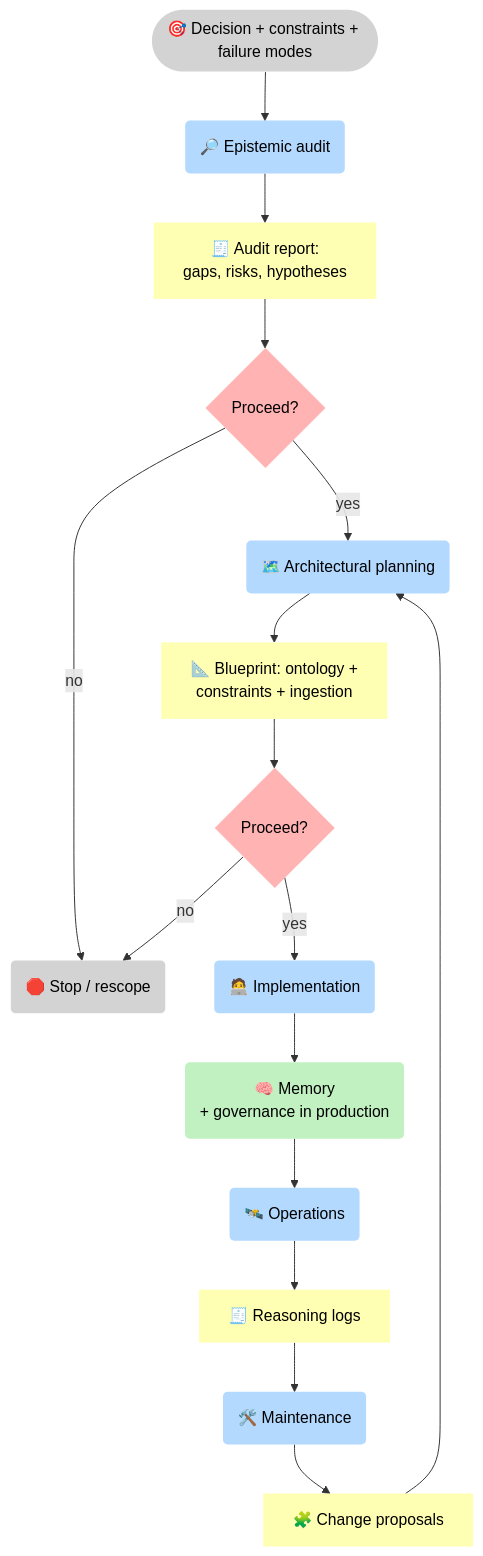
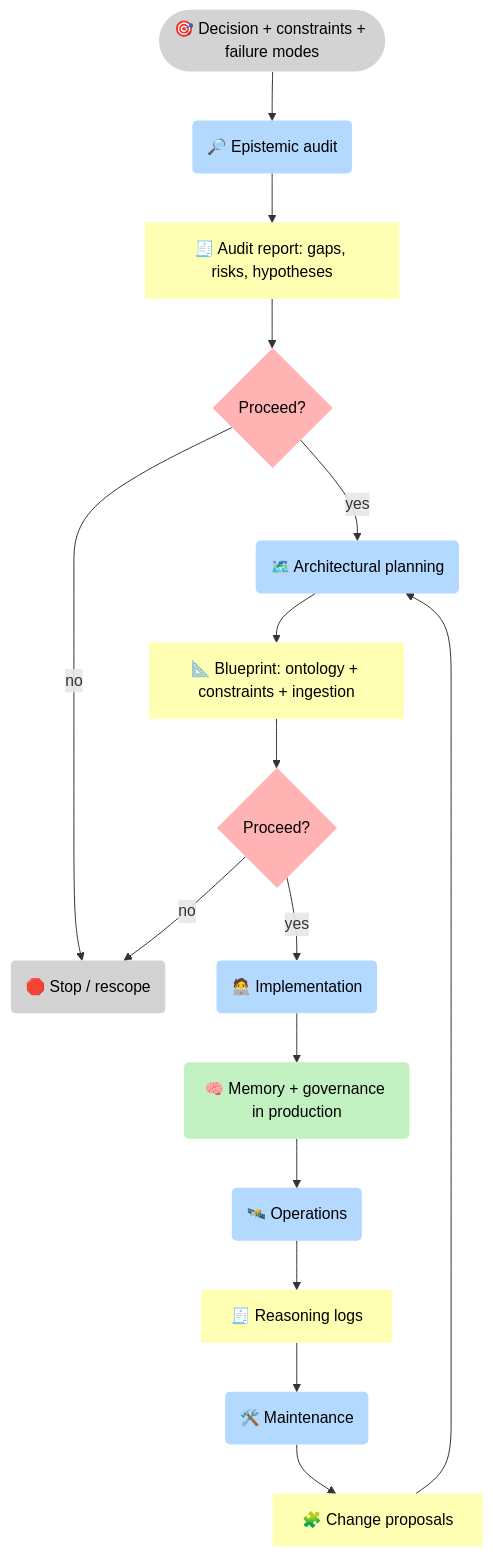
One commit to 5Reasons/5reasons.github.io changed the third of 5 diagrams in docs/index.md. Above: the diagram before and after it, drawn with Mermaid. The commit also changed other lines of this file and 4 other files, not shown here.

Commit message:
Enhance Mermaid label handling: Implement JavaScript fixes for inline label styles and ensure proper text wrapping in diagrams

````diff
--- a/docs/index.md
+++ b/docs/index.md
@@ -229,47 +229,47 @@
 ```mermaid
 flowchart TB
 %% Styles (brModel Standard)
 classDef i fill:#D3D3D3,stroke-width:0px,color:#000;
 classDef p fill:#B3D9FF,stroke-width:0px,color:#000;
 classDef r fill:#FFFFB3,stroke-width:0px,color:#000;
 classDef o fill:#C1F0C1,stroke-width:0px,color:#000;
 classDef s fill:#FFB3B3,stroke-width:0px,color:#000;
 
 I_Goal(["🎯 Decision + constraints + failure modes"]):::i
 
 P_Audit("🔎 Epistemic audit"):::p
-R_AuditReport["🧾 Audit report: <br>gaps, risks, hypotheses"]:::r
+R_AuditReport["🧾 Audit report: gaps, risks, hypotheses"]:::r
 G1{"Proceed?"}:::s
 
 P_Plan("🗺️ Architectural planning"):::p
-R_Blueprint["📐 Blueprint: ontology + <br>constraints + ingestion"]:::r
+R_Blueprint["📐 Blueprint: ontology + constraints + ingestion"]:::r
 G2{"Proceed?"}:::s
 
 P_Impl("🧑‍💻 Implementation"):::p
-O_Memory("🧠 Memory <br>+ governance in production"):::o
+O_Memory("🧠 Memory + governance in production"):::o
 
 P_Ops("🛰️ Operations"):::p
 R_Logs["🧾 Reasoning logs"]:::r
 P_Maint("🛠️ Maintenance"):::p
 R_Change["🧩 Change proposals"]:::r
 
 S_Stop("🛑 Stop / rescope"):::i
 
 I_Goal --> P_Audit --> R_AuditReport --> G1
 G1 -->|"no"| S_Stop
 G1 -->|"yes"| P_Plan --> R_Blueprint --> G2
 G2 -->|"no"| S_Stop
 G2 -->|"yes"| P_Impl --> O_Memory --> P_Ops --> R_Logs --> P_Maint --> R_Change --> P_Plan
 
 
 
 click P_Audit "/services/epistemic-audit/" "Epistemic Audit"
 click R_AuditReport "/services/epistemic-audit/" "Audit report"
 click P_Plan "/services/blueprint/" "Architecture Blueprint"
 click R_Blueprint "/services/blueprint/" "Architecture Blueprint"
 click P_Impl "/services/implementation/" "Implementation"
 click O_Memory "/methodology/" "Methodology"
 click P_Ops "/reasoners/operating-model/" "Operating model"
 click R_Logs "/reasoners/governance/" "Governance Approach"
 click P_Maint "/services/partnership/" "Ongoing Partnership"
 ```
````
